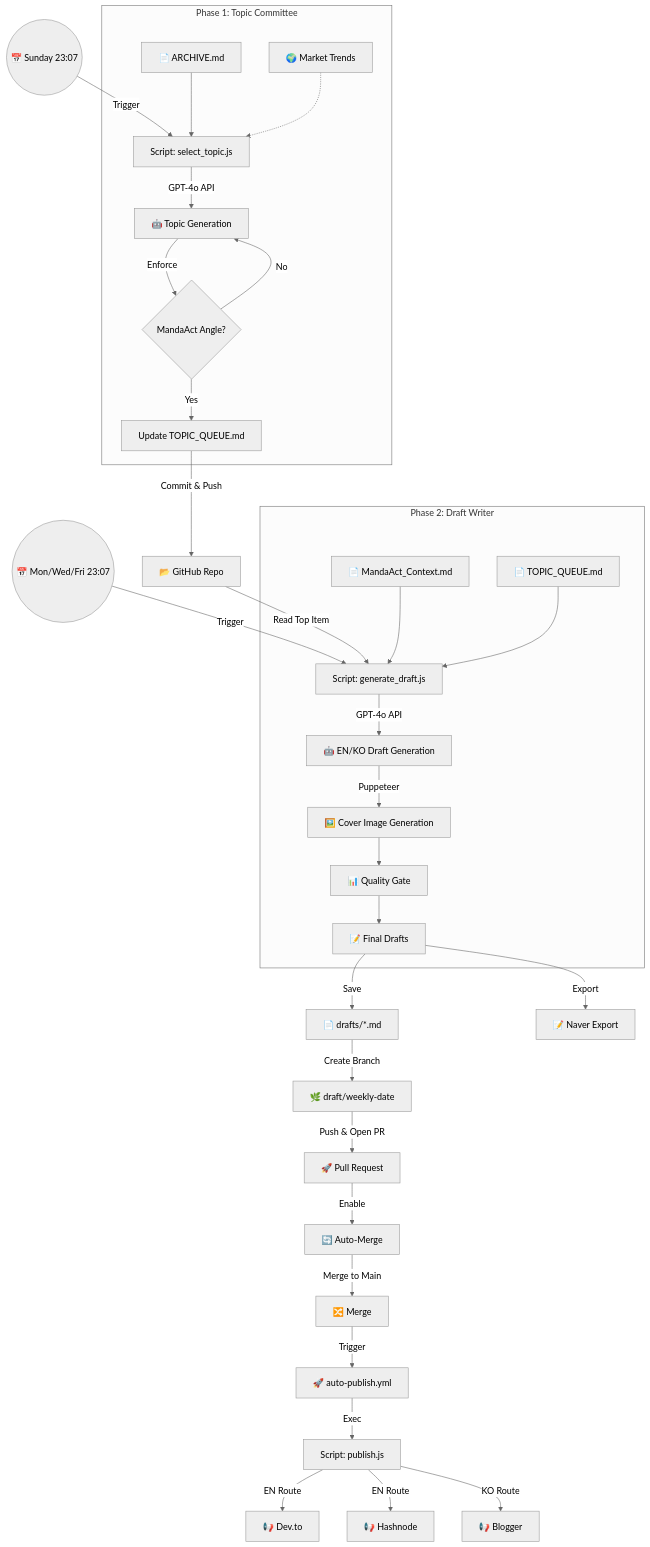
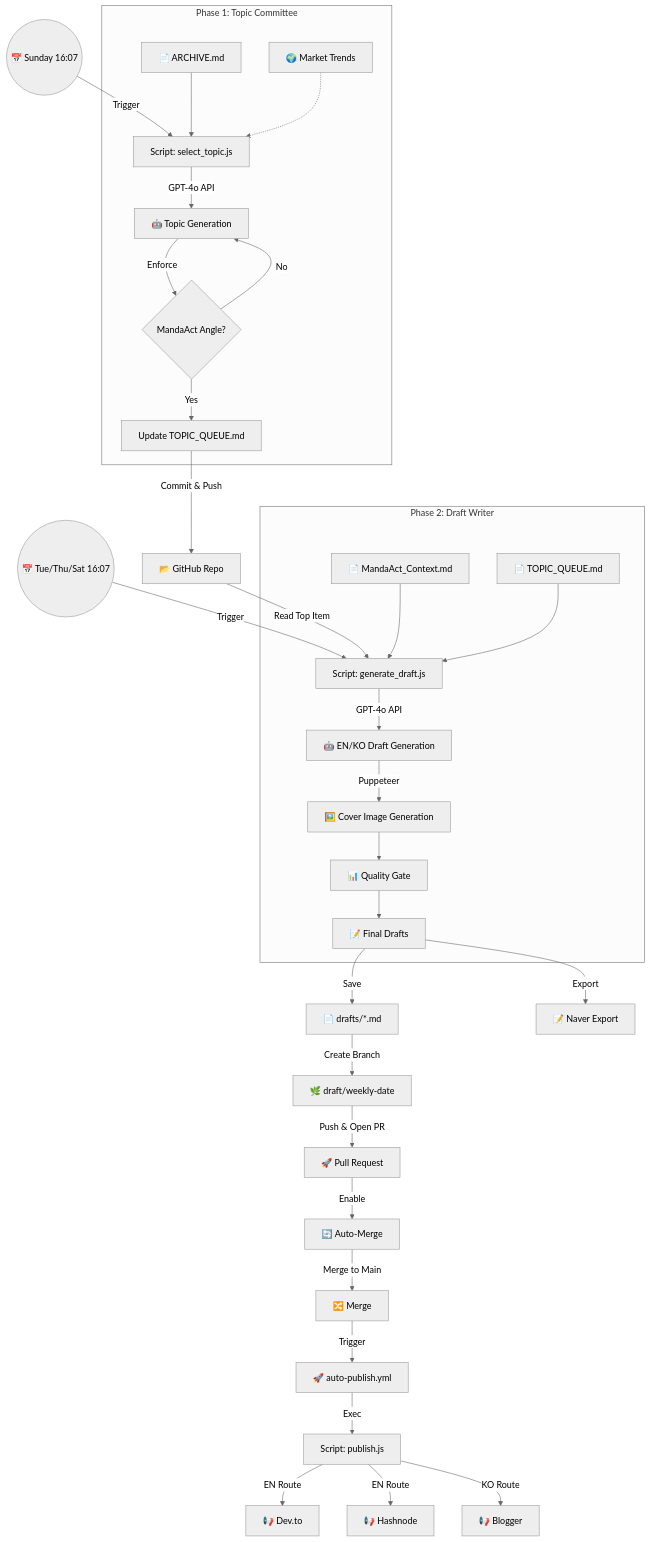
Before and after one commit to hevi35-coder/content-publisher: the diagram in AUTOMATION_FLOW.md, drawn with Mermaid (neutral theme). The commit also changed other lines of this file and 7 other files, not shown here.

````diff
--- a/AUTOMATION_FLOW.md
+++ b/AUTOMATION_FLOW.md
@@ -5,47 +5,47 @@
 ```mermaid
 graph TD
     %% Schedules (KST)
-    Sunday((📅 Sunday 23:07)) -->|Trigger| TopicCommittee
-    MWF((📅 Mon/Wed/Fri 23:07)) -->|Trigger| DraftWriter
+    Sunday((📅 Sunday 16:07)) -->|Trigger| TopicCommittee
+    DraftSchedule((📅 Tue/Thu/Sat 16:07)) -->|Trigger| DraftWriter
 
     %% Phase 1: Topic Selection
     subgraph "Phase 1: Topic Committee"
         TopicCommittee[Script: select_topic.js]
         Archive[📄 ARCHIVE.md] --> TopicCommittee
         Trends[🌍 Market Trends] -.-> TopicCommittee
         TopicCommittee -->|GPT-4o API| AI_Topic[🤖 Topic Generation]
         AI_Topic -->|Enforce| MandaActAngle{MandaAct Angle?}
         MandaActAngle -- Yes --> QueueUpd[Update TOPIC_QUEUE.md]
         MandaActAngle -- No --> AI_Topic
     end
 
     %% Connection
     QueueUpd -->|Commit & Push| Repo[📂 GitHub Repo]
     Repo -->|Read Top Item| DraftWriter
 
     %% Phase 2: Draft Generation
     subgraph "Phase 2: Draft Writer"
         DraftWriter[Script: generate_draft.js]
         Context[📄 MandaAct_Context.md] --> DraftWriter
         Queue[📄 TOPIC_QUEUE.md] --> DraftWriter
         DraftWriter -->|GPT-4o API| AI_Draft[🤖 EN/KO Draft Generation]
         AI_Draft -->|Puppeteer| CoverGen[🖼️ Cover Image Generation]
         CoverGen --> QualityGate[📊 Quality Gate]
         QualityGate --> FinalDraft[📝 Final Drafts]
     end
 
     %% Phase 3: Delivery + Auto-Merge
     FinalDraft -->|Save| DraftFile[📄 drafts/*.md]
     DraftFile -->|Create Branch| Branch[🌿 draft/weekly-date]
     Branch -->|Push & Open PR| PR[🚀 Pull Request]
     PR -->|Enable| AutoMerge[🔄 Auto-Merge]
 
     %% Phase 4: Publish
     AutoMerge -->|Merge to Main| Merge[🔀 Merge]
     Merge -->|Trigger| AutoPublish[🚀 auto-publish.yml]
     AutoPublish -->|Exec| PublishScript[Script: publish.js]
     PublishScript -->|EN Route| DevTo[📢 Dev.to]
     PublishScript -->|EN Route| Hashnode[📢 Hashnode]
     PublishScript -->|KO Route| Blogger[📢 Blogger]
     FinalDraft -->|Export| Naver[📝 Naver Export]
 ```
````
